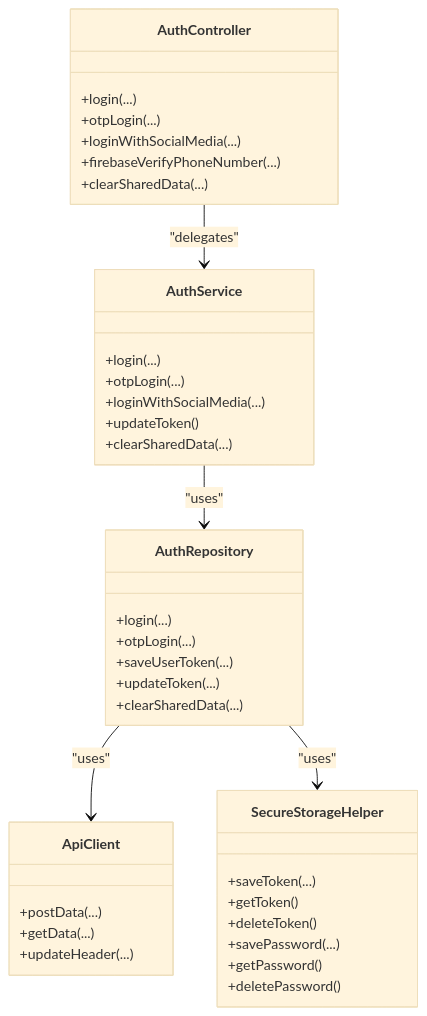
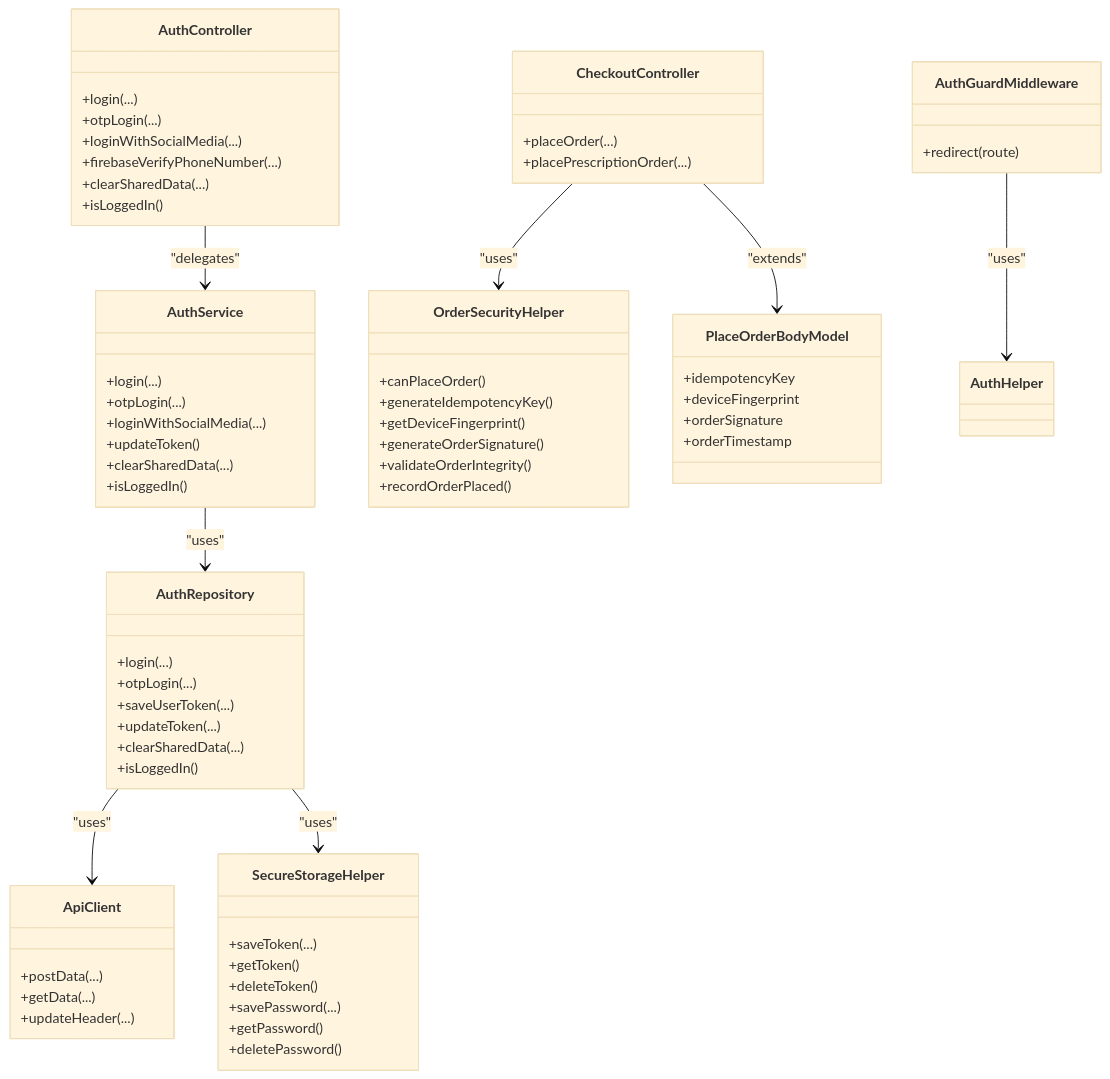
Before and after one commit to Hamdies/waddy_user: the fourth of 4 diagrams in .qoder/repowiki/en/content/Authentication System/Security Implementation.md, drawn with Mermaid (base theme). The commit also changed other lines of this file and 773 other files, not shown here.

````diff
--- a/.qoder/repowiki/en/content/Authentication System/Security Implementation.md
+++ b/.qoder/repowiki/en/content/Authentication System/Security Implementation.md
@@ -244,41 +334,68 @@
 ```mermaid
 classDiagram
 class AuthController {
 +login(...)
 +otpLogin(...)
 +loginWithSocialMedia(...)
 +firebaseVerifyPhoneNumber(...)
 +clearSharedData(...)
++isLoggedIn()
 }
 class AuthService {
 +login(...)
 +otpLogin(...)
 +loginWithSocialMedia(...)
 +updateToken()
 +clearSharedData(...)
++isLoggedIn()
 }
 class AuthRepository {
 +login(...)
 +otpLogin(...)
 +saveUserToken(...)
 +updateToken(...)
 +clearSharedData(...)
++isLoggedIn()
+}
+class OrderSecurityHelper {
++canPlaceOrder()
++generateIdempotencyKey()
++getDeviceFingerprint()
++generateOrderSignature()
++validateOrderIntegrity()
++recordOrderPlaced()
+}
+class CheckoutController {
++placeOrder(...)
++placePrescriptionOrder(...)
+}
+class PlaceOrderBodyModel {
++idempotencyKey
++deviceFingerprint
++orderSignature
++orderTimestamp
 }
 class ApiClient {
 +postData(...)
 +getData(...)
 +updateHeader(...)
 }
 class SecureStorageHelper {
 +saveToken(...)
 +getToken()
 +deleteToken()
 +savePassword(...)
 +getPassword()
 +deletePassword()
 }
+class AuthGuardMiddleware {
++redirect(route)
+}
 AuthController --> AuthService : "delegates"
 AuthService --> AuthRepository : "uses"
 AuthRepository --> ApiClient : "uses"
 AuthRepository --> SecureStorageHelper : "uses"
+CheckoutController --> OrderSecurityHelper : "uses"
+CheckoutController --> PlaceOrderBodyModel : "extends"
+AuthGuardMiddleware --> AuthHelper : "uses"
 ```
````
